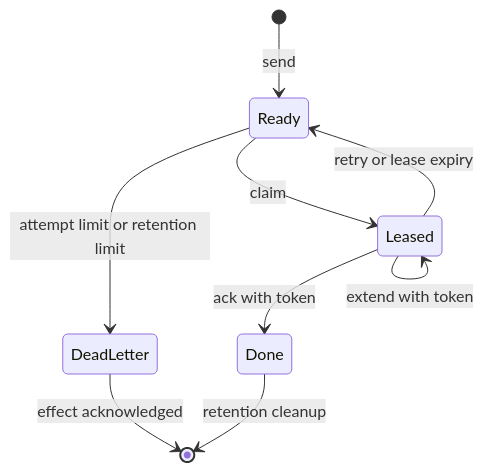
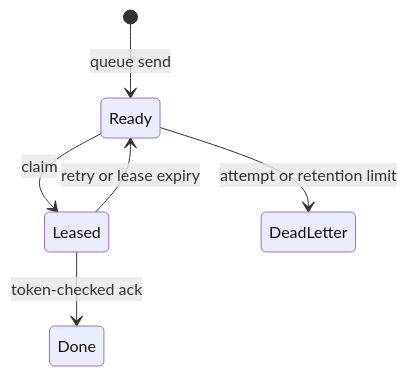
Before and after one commit to andypeng2015/cellule: the second of 2 diagrams in crates/cellule-runtime/docs/primitives.md, drawn with Mermaid. The commit also changed other lines of this file and 181 other files, not shown here.

````diff
--- a/crates/cellule-runtime/docs/primitives.md
+++ b/crates/cellule-runtime/docs/primitives.md
@@ -148,11 +27,8 @@
 ```mermaid
 stateDiagram-v2
-    [*] --> Ready: send
+    [*] --> Ready: queue send
     Ready --> Leased: claim
-    Leased --> Done: ack with token
+    Leased --> Done: token-checked ack
     Leased --> Ready: retry or lease expiry
-    Leased --> Leased: extend with token
-    Ready --> DeadLetter: attempt limit or retention limit
-    DeadLetter --> [*]: effect acknowledged
-    Done --> [*]: retention cleanup
+    Ready --> DeadLetter: attempt or retention limit
 ```
````
